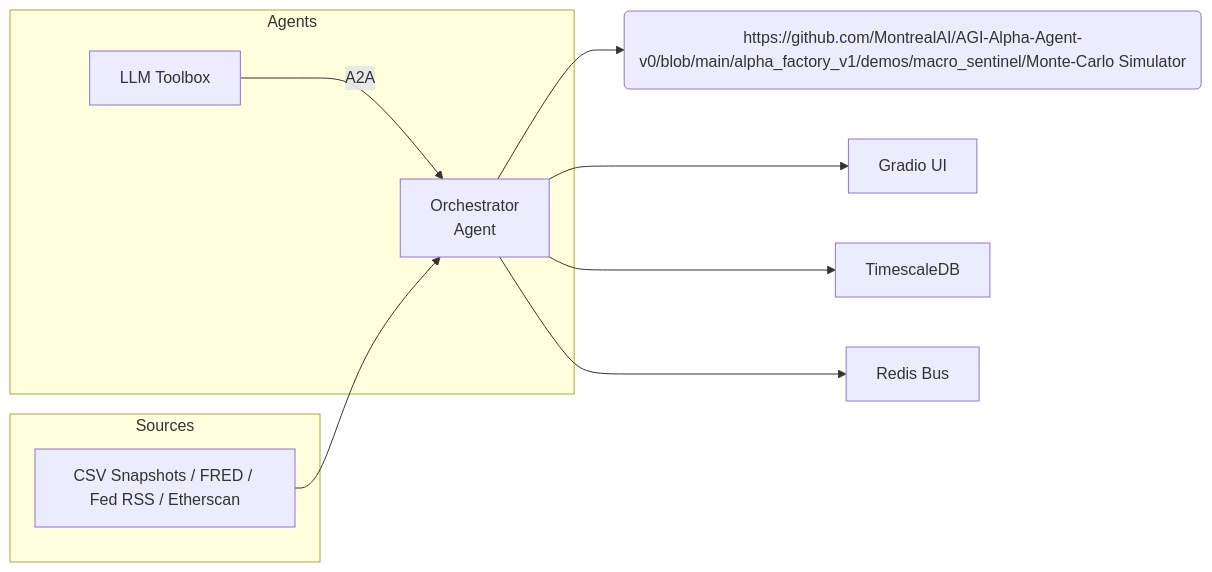
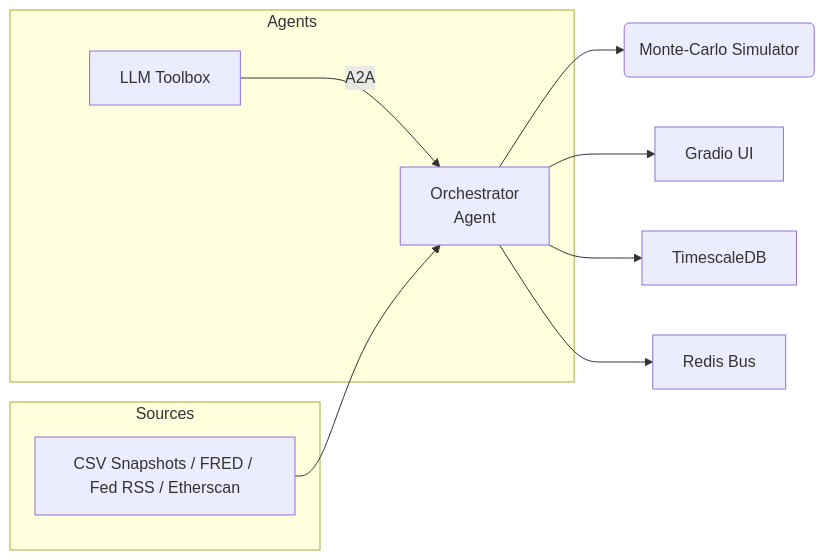
One commit to MontrealAI/AGI-Alpha-Agent-v0 changed the diagram in docs/demos/macro_sentinel.md. Above: the diagram before and after it, drawn with Mermaid. The commit also changed other lines of this file and 216 other files, not shown here.

````diff
--- a/docs/demos/macro_sentinel.md
+++ b/docs/demos/macro_sentinel.md
@@ -38,15 +64,15 @@
 ```mermaid
 flowchart LR
     subgraph Agents
         A[LLM Toolbox] -->|A2A| B[Orchestrator<br/>Agent]
     end
-    B --> C(https://github.com/MontrealAI/AGI-Alpha-Agent-v0/blob/main/alpha_factory_v1/demos/macro_sentinel/Monte‑Carlo Simulator)
+    B --> C(Monte‑Carlo Simulator)
     B --> D[Gradio UI]
     B --> E[TimescaleDB]
     B --> F[Redis Bus]
 
     subgraph Sources
         G[CSV Snapshots / FRED / Fed RSS / Etherscan]
     end
     G --> B
 ```
````
